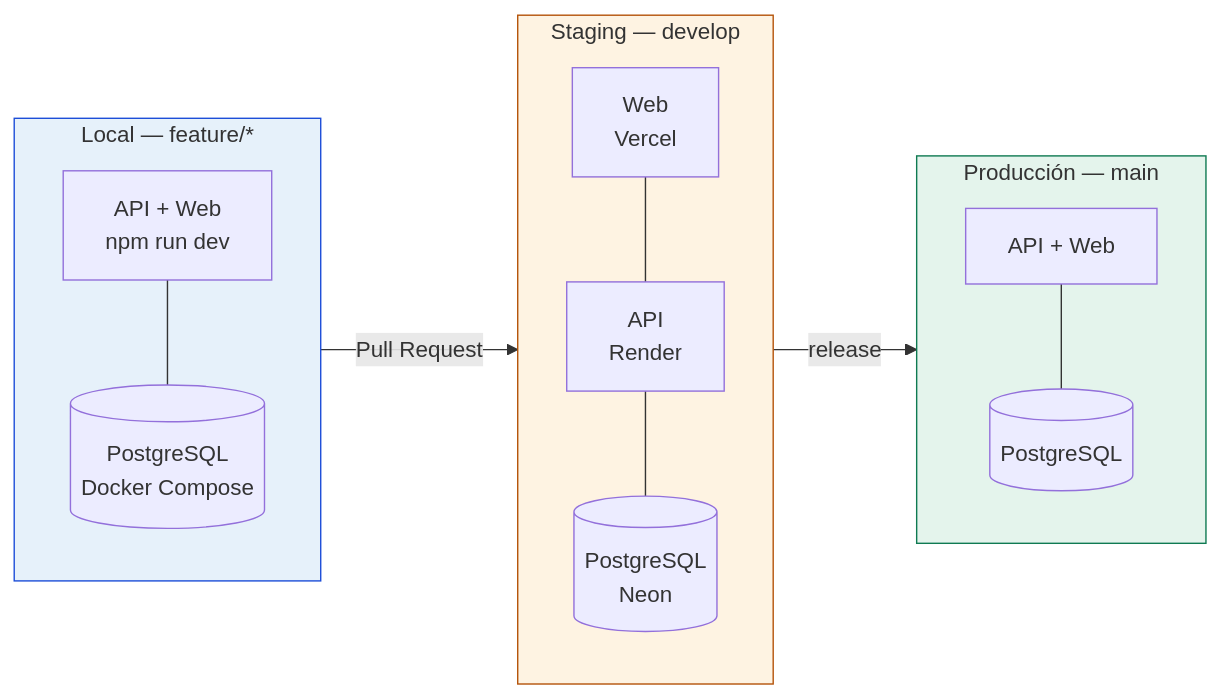
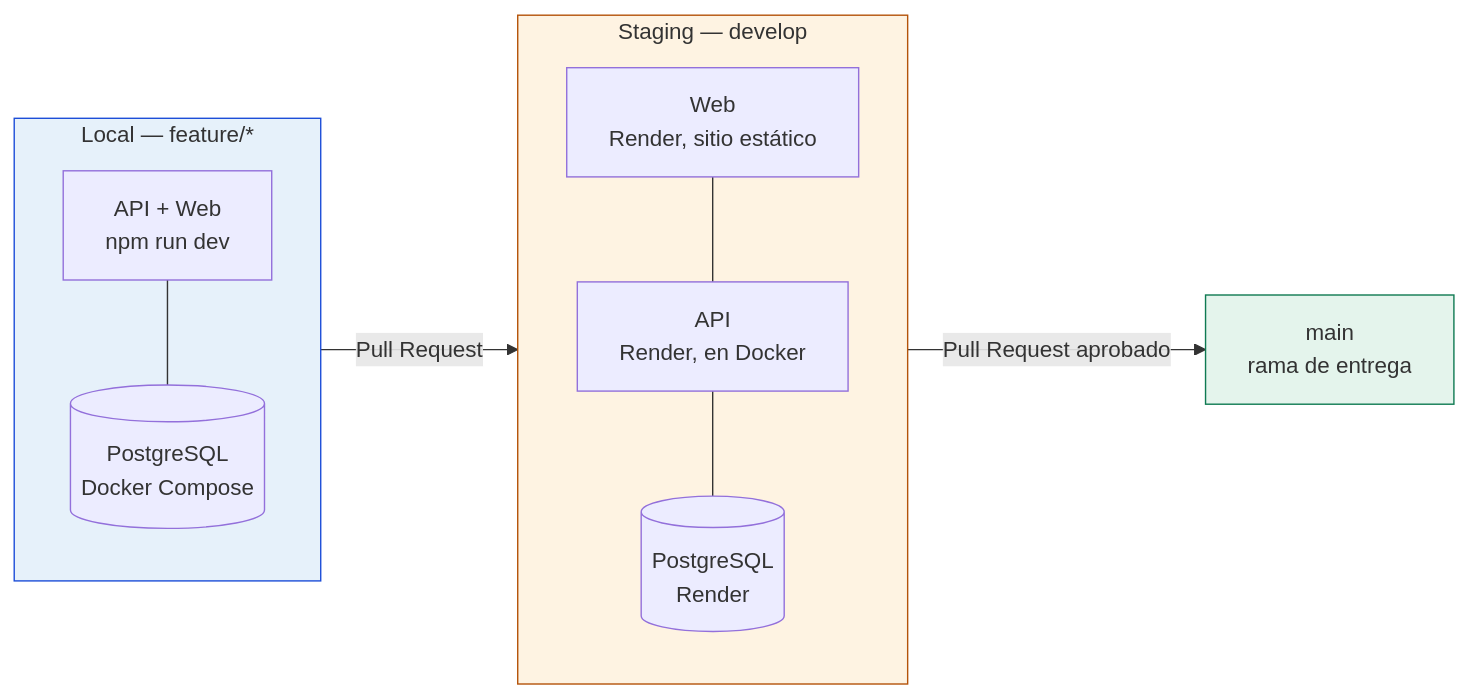
Before and after one commit to Isacasvas123/proyecto-becas: the third of 3 diagrams in docs/diagramas/02-componentes.md, drawn with Mermaid. The commit also changed other lines of this file and 4 other files, not shown here.

Commit message:
docs: actualizar el diagrama de componentes con los nueve modulos, los puertos actuales y el despliegue real

````diff
--- a/docs/diagramas/02-componentes.md
+++ b/docs/diagramas/02-componentes.md
@@ -184,28 +215,24 @@
 ```mermaid
 flowchart LR
     subgraph LOCAL["Local — feature/*"]
         L1["API + Web<br/>npm run dev"]
         L2[("PostgreSQL<br/>Docker Compose")]
         L1 --- L2
     end
 
     subgraph STAGING["Staging — develop"]
-        S1["API<br/>Render"]
-        S2["Web<br/>Vercel"]
-        S3[("PostgreSQL<br/>Neon")]
+        S1["API<br/>Render, en Docker"]
+        S2["Web<br/>Render, sitio estático"]
+        S3[("PostgreSQL<br/>Render")]
         S2 --- S1 --- S3
     end
 
-    subgraph PROD["Producción — main"]
-        P1["API + Web"]
-        P2[("PostgreSQL")]
-        P1 --- P2
-    end
+    MAIN["main<br/>rama de entrega"]
 
     LOCAL -->|Pull Request| STAGING
-    STAGING -->|release| PROD
+    STAGING -->|Pull Request aprobado| MAIN
 
     style LOCAL fill:#e6f1fa,stroke:#1d4ed8
     style STAGING fill:#fef3e2,stroke:#b45309
-    style PROD fill:#e4f4ec,stroke:#0f7a52
+    style MAIN fill:#e4f4ec,stroke:#0f7a52
 ```
````
